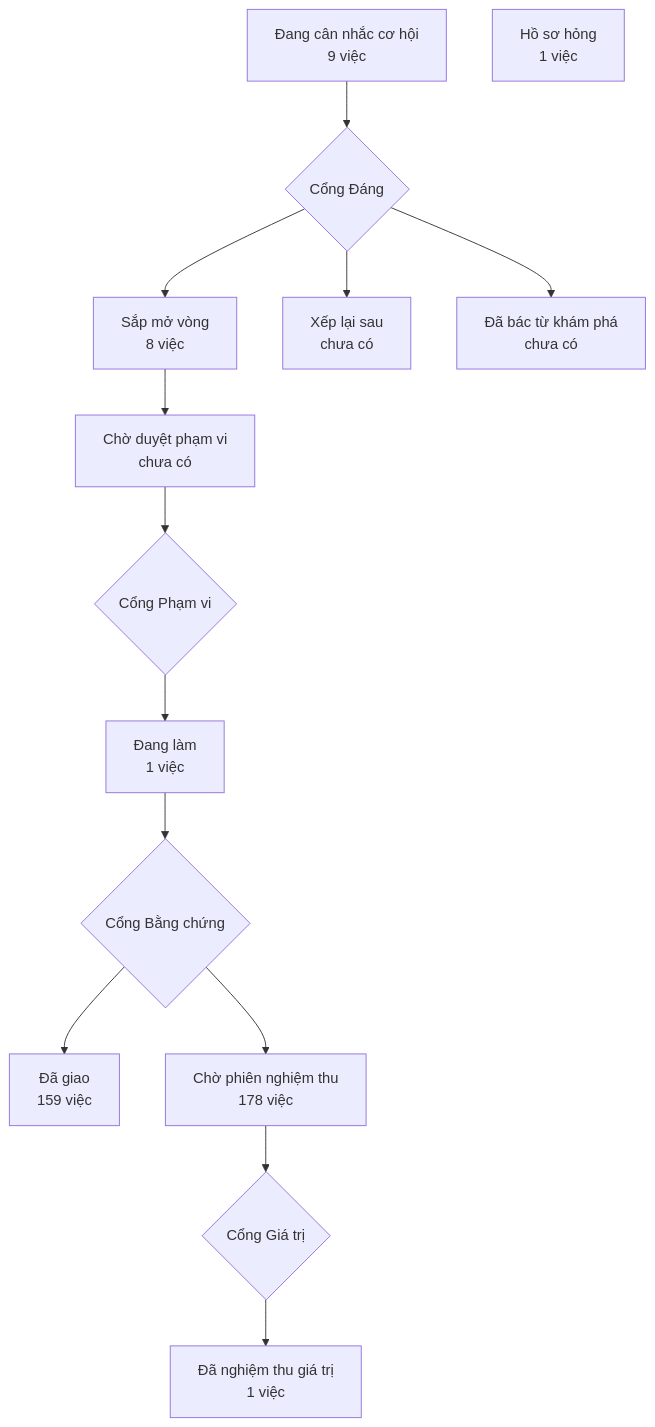
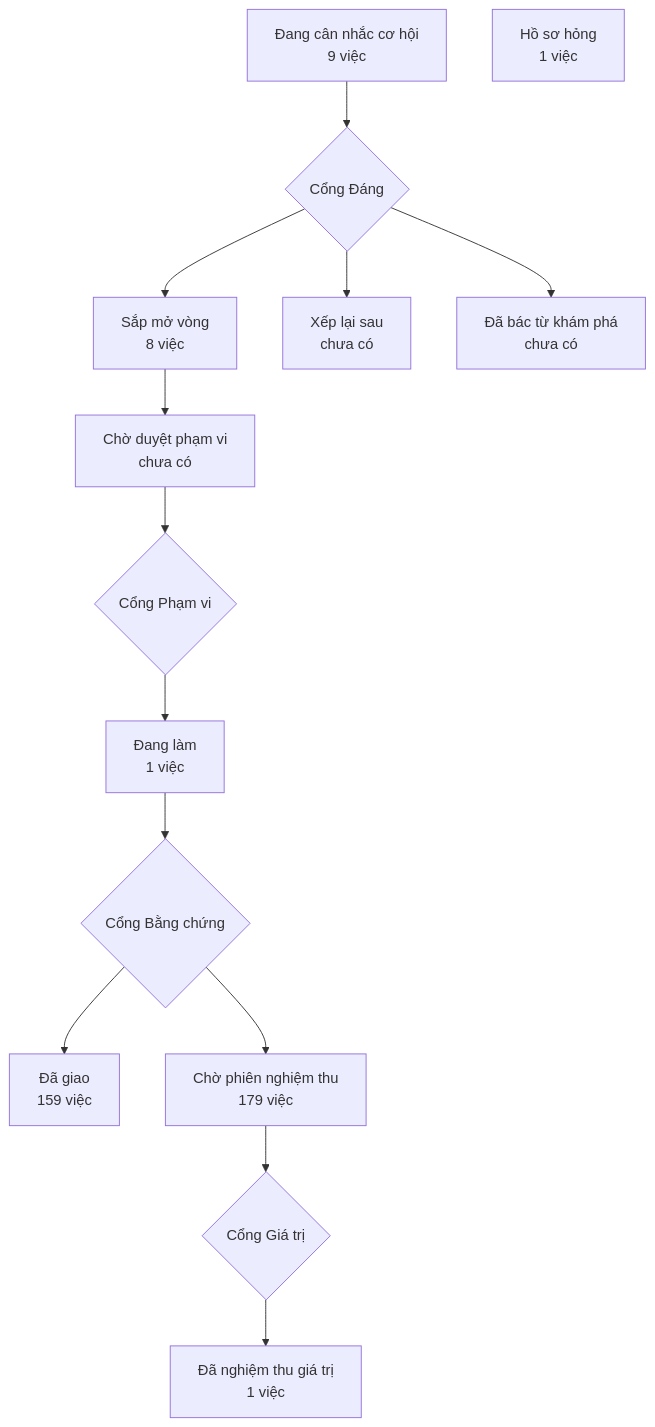
The diagram in PRODUCT-MAP.md (phanlemanh/crm-onehub), drawn with Mermaid before and after one commit. The commit also changed other lines of this file and 4 other files, not shown here.

````diff
--- a/PRODUCT-MAP.md
+++ b/PRODUCT-MAP.md
@@ -7,13 +7,13 @@
 ```mermaid
 flowchart TD
   A["Đang cân nhắc cơ hội<br/>9 việc"] --> GD{"Cổng Đáng"}
   GD --> B["Sắp mở vòng<br/>8 việc"]
   GD --> XL["Xếp lại sau<br/>chưa có"]
   GD --> DB["Đã bác từ khám phá<br/>chưa có"]
   B --> CD["Chờ duyệt phạm vi<br/>chưa có"] --> GP{"Cổng Phạm vi"}
   GP --> DL["Đang làm<br/>1 việc"] --> GB{"Cổng Bằng chứng"}
   GB --> DG["Đã giao<br/>159 việc"]
-  GB --> CN["Chờ phiên nghiệm thu<br/>178 việc"] --> GG{"Cổng Giá trị"}
+  GB --> CN["Chờ phiên nghiệm thu<br/>179 việc"] --> GG{"Cổng Giá trị"}
   GG --> NT["Đã nghiệm thu giá trị<br/>1 việc"]
   HS["Hồ sơ hỏng<br/>1 việc"]
 ```
````
